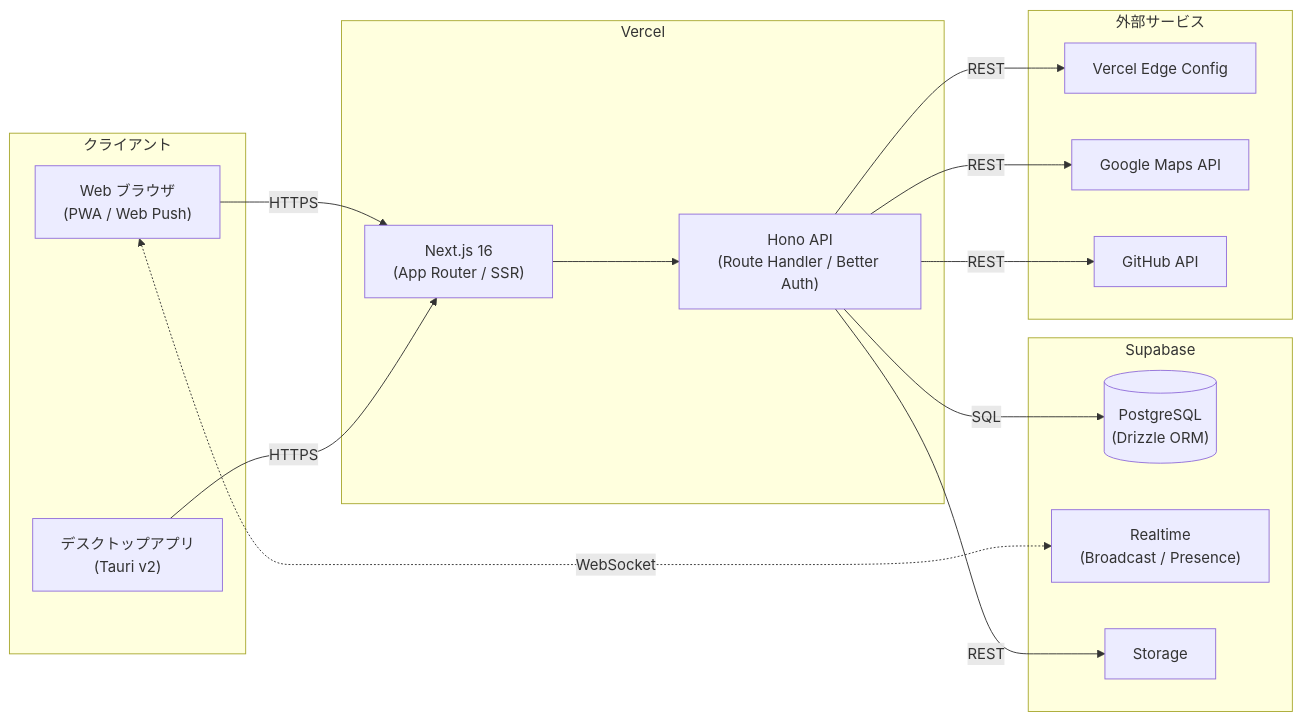
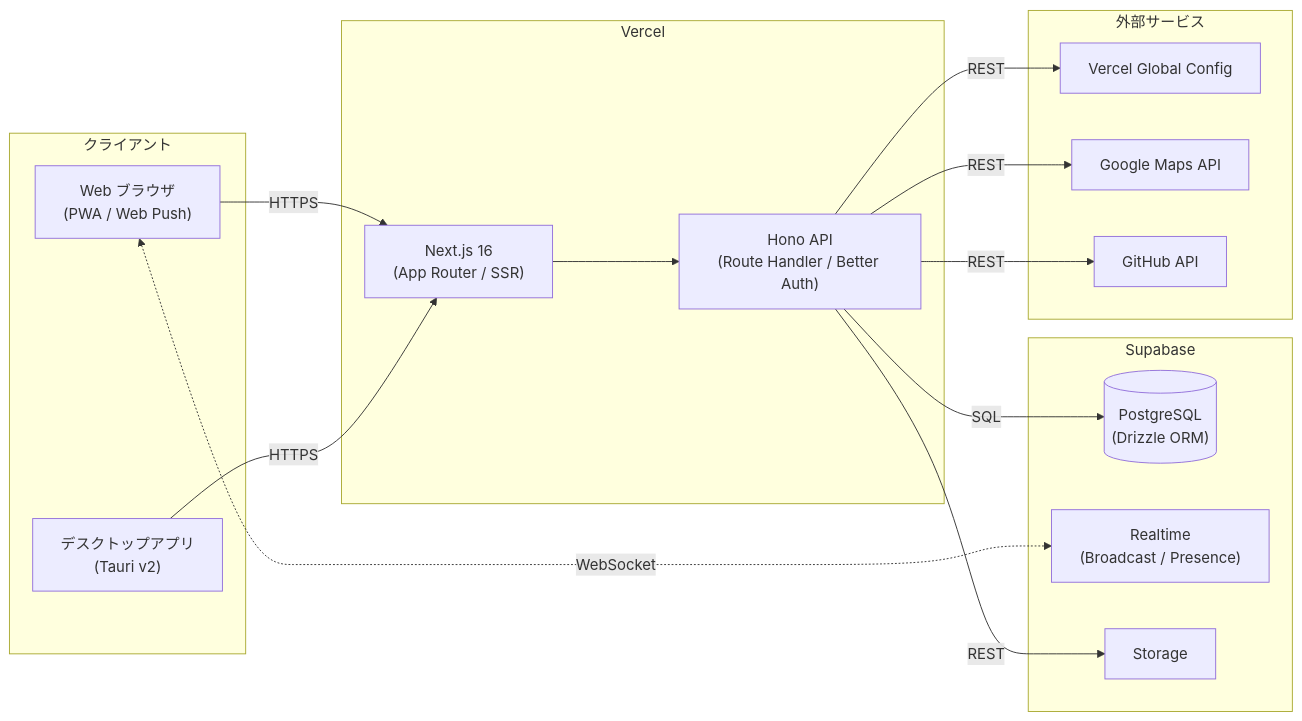
One commit to u-stem/sugara changed the first of 2 diagrams in docs/architecture/overview.md. Above: the diagram before and after it, drawn with Mermaid. The commit also changed 7 other files, not shown here.

First line of the commit message:
chore: @vercel/edge-configを@vercel/global-configへ移行

````diff
--- a/docs/architecture/overview.md
+++ b/docs/architecture/overview.md
@@ -5,34 +5,34 @@
 ```mermaid
 graph LR
     subgraph client["クライアント"]
         Web["Web ブラウザ<br/>(PWA / Web Push)"]
         Desktop["デスクトップアプリ<br/>(Tauri v2)"]
     end
 
     subgraph vercel["Vercel"]
         NextJS["Next.js 16<br/>(App Router / SSR)"]
         Hono["Hono API<br/>(Route Handler / Better Auth)"]
         NextJS --> Hono
     end
 
     subgraph supabase["Supabase"]
         PG[("PostgreSQL<br/>(Drizzle ORM)")]
         Realtime["Realtime<br/>(Broadcast / Presence)"]
         Storage["Storage"]
     end
 
     subgraph external["外部サービス"]
-        Edge["Vercel Edge Config"]
+        Edge["Vercel Global Config"]
         Maps["Google Maps API"]
         GitHub["GitHub API"]
     end
 
     Web -->|HTTPS| NextJS
     Desktop -->|HTTPS| NextJS
     Web <-.->|WebSocket| Realtime
     Hono -->|SQL| PG
     Hono -->|REST| Storage
     Hono -->|REST| Edge
     Hono -->|REST| Maps
     Hono -->|REST| GitHub
 ```
````
